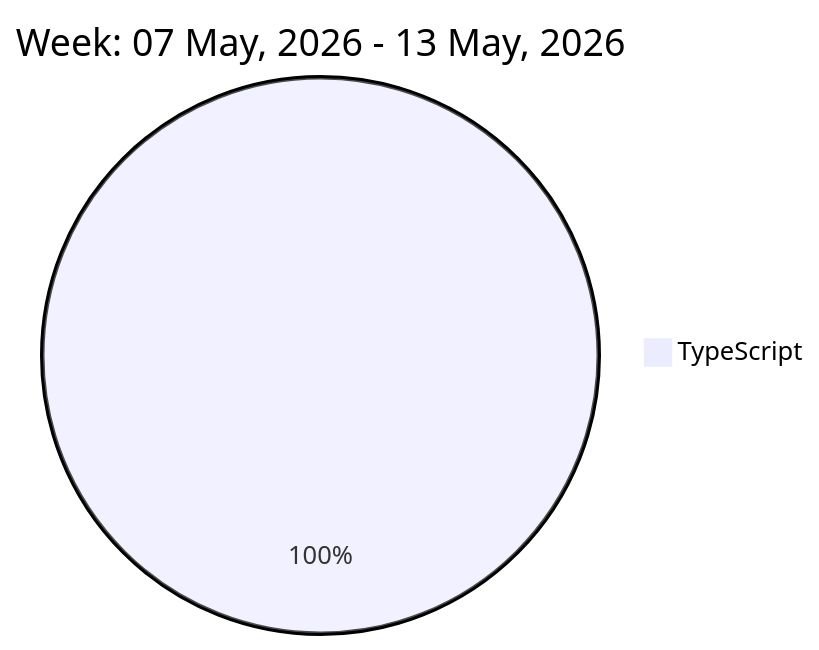
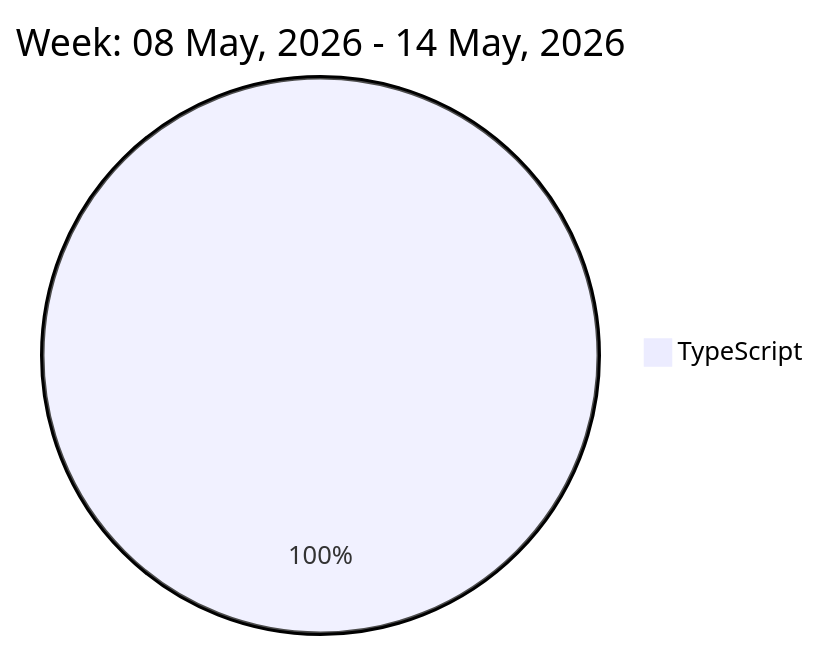
The diagram in README.md (liubin95/liubin95), drawn with Mermaid before and after one commit.

Commit message:
Updated the Graph with new Metrics

````diff
--- a/README.md
+++ b/README.md
@@ -32,5 +32,5 @@
 ```mermaid
  pie
-title Week: 07 May, 2026 - 13 May, 2026
+title Week: 08 May, 2026 - 14 May, 2026
  "TypeScript" : 12.02
 ```
````
